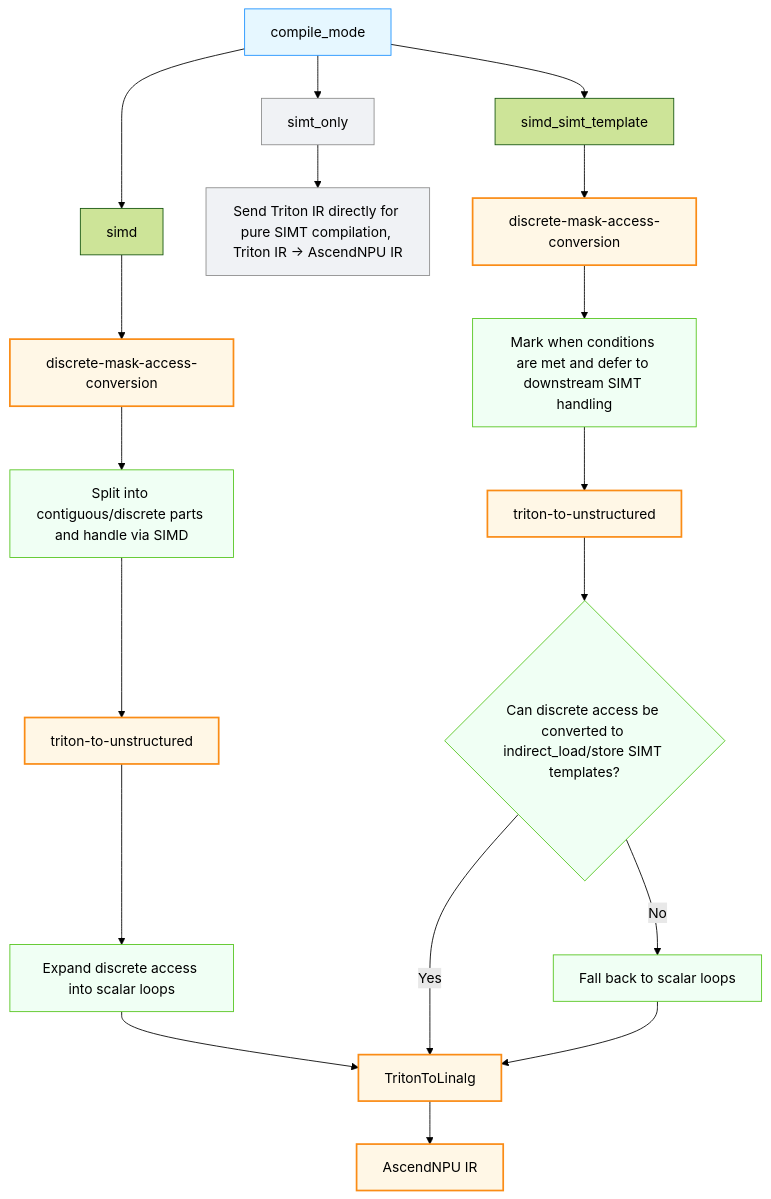
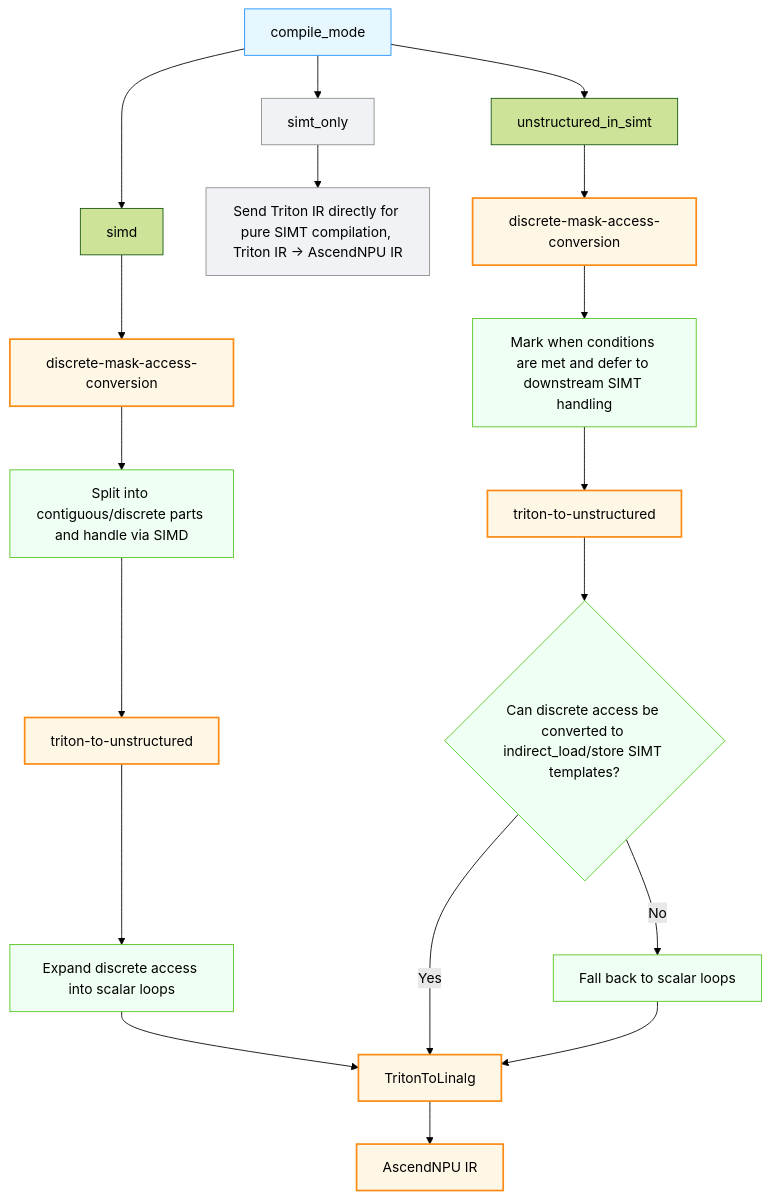
The diagram in docs/en/architecture_design_and_core_features.md (TecJesh/triton-ascend), drawn with Mermaid (forest theme) before and after one commit. The commit also changed other lines of this file and 249 other files, not shown here.

````diff
--- a/docs/en/architecture_design_and_core_features.md
+++ b/docs/en/architecture_design_and_core_features.md
@@ -243,38 +237,38 @@
 ```mermaid
 flowchart TD
     A[compile_mode] --> B["simd"]
-    A --> C["simd_simt_template"]
+    A --> C["unstructured_in_simt"]
     A --> D["simt_only"]
 
     %% simt_only branch
     D --> D1[Send Triton IR directly for pure SIMT compilation, Triton IR → AscendNPU IR]
 
     %% simd full path
     B --> B1[discrete-mask-access-conversion]
     B1 --> B2[Split into contiguous/discrete parts and handle via SIMD]
     B2 --> B3[triton-to-unstructured]
     B3 --> B4[Expand discrete access into scalar loops]
     B4 --> B5[TritonToLinalg]
     B5 --> B6[AscendNPU IR]
 
-    %% simd_simt_template full path
+    %% unstructured_in_simt full path
     C --> C1[discrete-mask-access-conversion]
     C1 --> C2[Mark when conditions are met and defer to downstream SIMT handling]
     C2 --> C3[triton-to-unstructured]
     C3 --> C4{Can discrete access be converted to indirect_load/store SIMT templates?}
     C4 -- Yes --> B5
     C4 -- No --> C5[Fall back to scalar loops]
     C5 --> B5
 
     %% styling
     classDef root fill:#e6f7ff,stroke:#1890ff
     classDef pass fill:#fff7e6,stroke:#fa8c16,stroke-width:2px
     classDef logic fill:#f0fff4,stroke:#52c41a
     classDef simtOnly fill:#f0f2f5,stroke:#8c8c8c
 
     %% binding styles
     class A root
     class B1,C1,B3,C3,B5,B6 pass
     class B2,B4,C2,C4,C5 logic
     class D,D1 simtOnly
 ```
````
